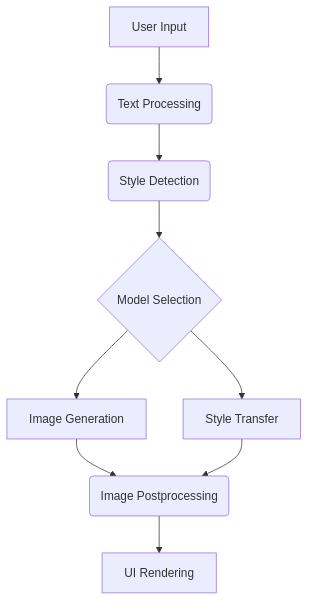
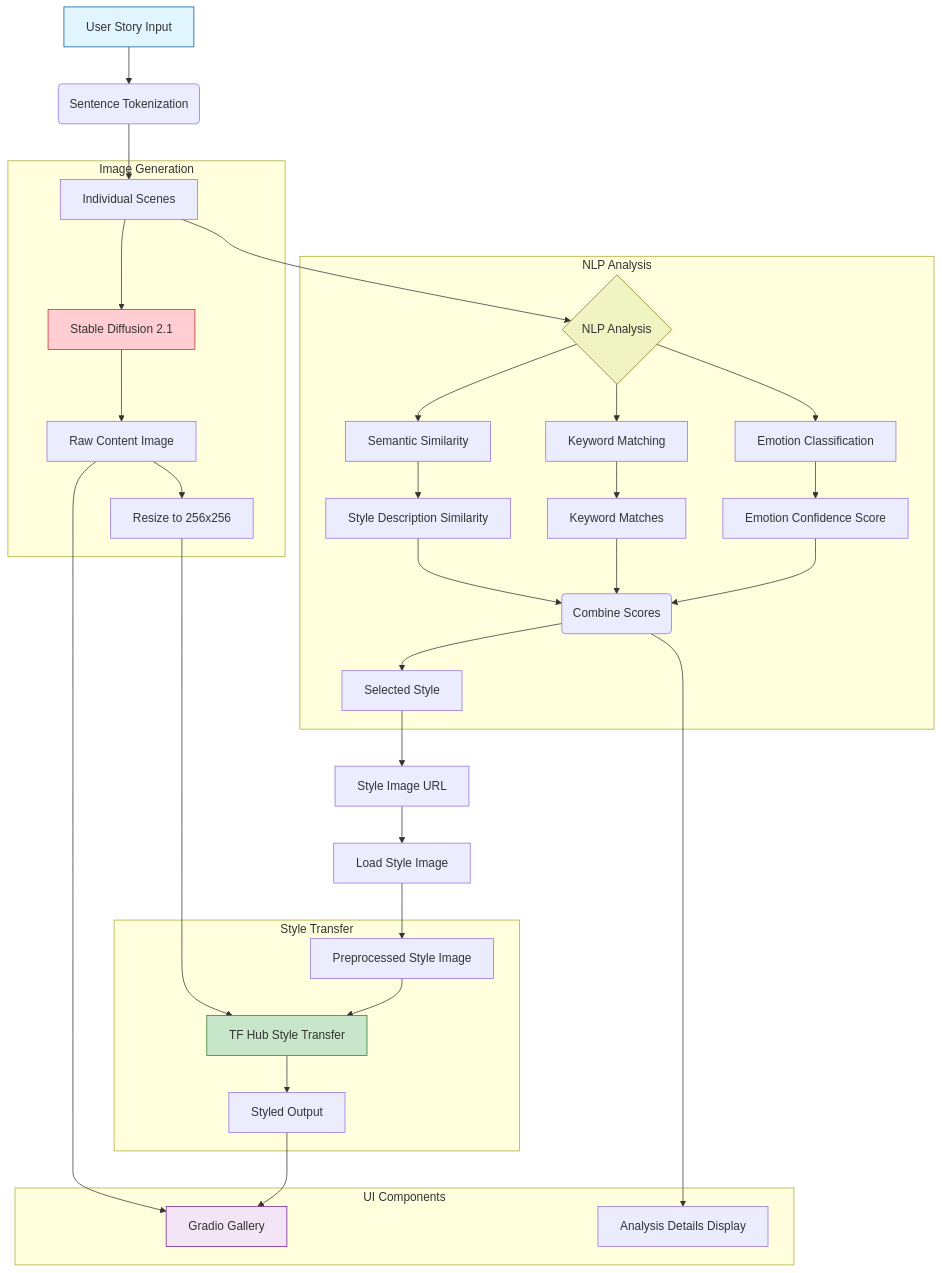
Before and after one commit to OutstandingWork/Neural-Style-Transfer: the third of 3 diagrams in Documentation.md, drawn with Mermaid. The commit also changed other lines of this file, not shown here.

````diff
--- a/Documentation.md
+++ b/Documentation.md
@@ -312,11 +321,48 @@
 ```mermaid
 graph TD
-    A[User Input] --> B(Text Processing)
-    B --> C(Style Detection)
-    C --> D{Model Selection}
-    D --> E[Image Generation]
-    D --> F[Style Transfer]
-    E --> G(Image Postprocessing)
-    F --> G
-    G --> H[UI Rendering]
+    A[User Story Input] --> B(Sentence Tokenization)
+    B --> C[Individual Scenes]
+    C --> D{NLP Analysis}
+    
+    subgraph NLP Analysis
+        D --> E[Emotion Classification]
+        D --> F[Keyword Matching]
+        D --> G[Semantic Similarity]
+        E --> H[Emotion Confidence Score]
+        F --> I[Keyword Matches]
+        G --> J[Style Description Similarity]
+        H --> K(Combine Scores)
+        I --> K
+        J --> K
+        K --> L[Selected Style]
+    end
+    
+    L --> M[Style Image URL]
+    M --> N[Load Style Image]
+    N --> O[Preprocessed Style Image]
+    
+    subgraph Image Generation
+        C --> P[Stable Diffusion 2.1]
+        P --> Q[Raw Content Image]
+        Q --> R[Resize to 256x256]
+    end
+    
+    subgraph Style Transfer
+        O --> S[TF Hub Style Transfer]
+        R --> S
+        S --> T[Styled Output]
+    end
+    
+    subgraph UI Components
+        T --> U[Gradio Gallery]
+        Q --> U
+        K --> V[Analysis Details Display]
+    end
+    
+    style A fill:#e1f5fe,stroke:#01579b
+    style D fill:#f0f4c3,stroke:#827717
+    style P fill:#ffcdd2,stroke:#c62828
+    style S fill:#c8e6c9,stroke:#2e7d32
+    style U fill:#f3e5f5,stroke:#6a1b9a
+
 ```
````
